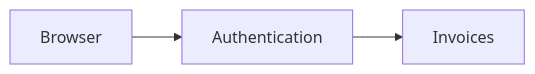
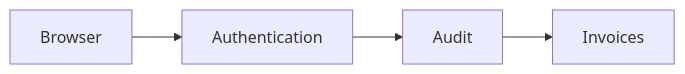
The first of 4 diagrams in README.md (esau-morais/observed-trial-express), drawn with Mermaid before and after one commit. The commit also changed other lines of this file, not shown here.

Commit message:
docs: show the invoice audit step

````diff
--- a/README.md
+++ b/README.md
@@ -20,4 +20,10 @@
 ```mermaid
+---
+config:
+  flowchart:
+    theme: dark
+  fontFamily: monospace
+---
 flowchart LR
-  Browser --> Authentication --> Invoices
+  Browser --> Authentication --> Audit --> Invoices
 ```
````
